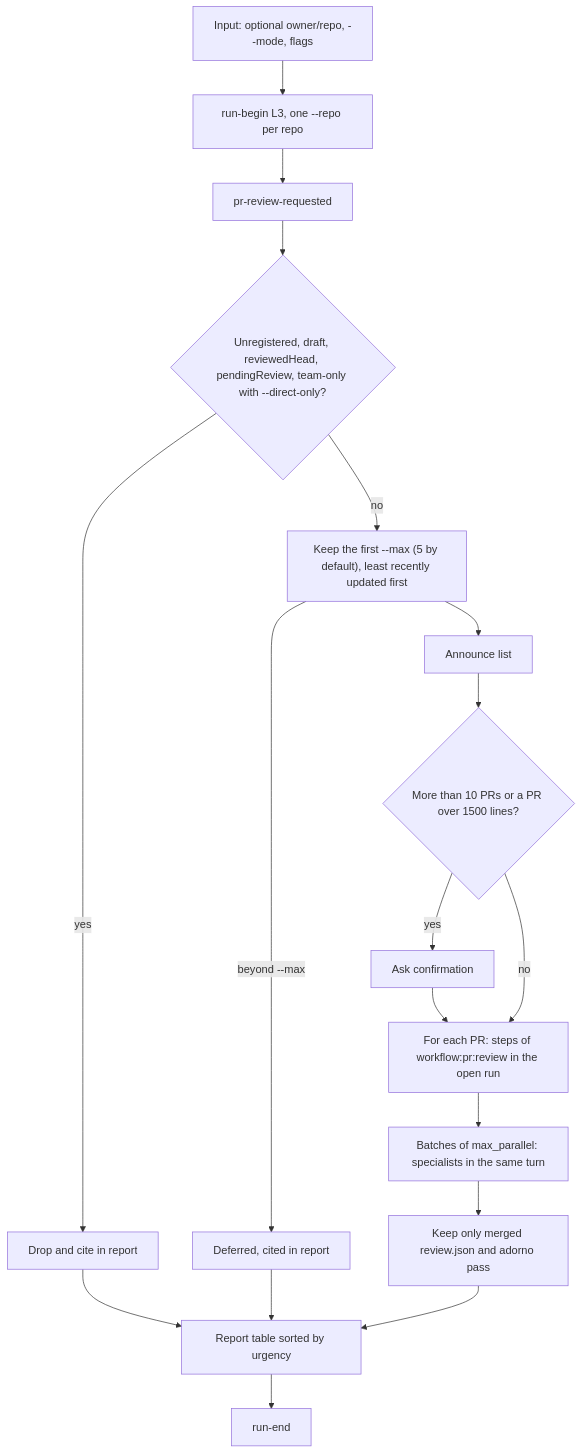
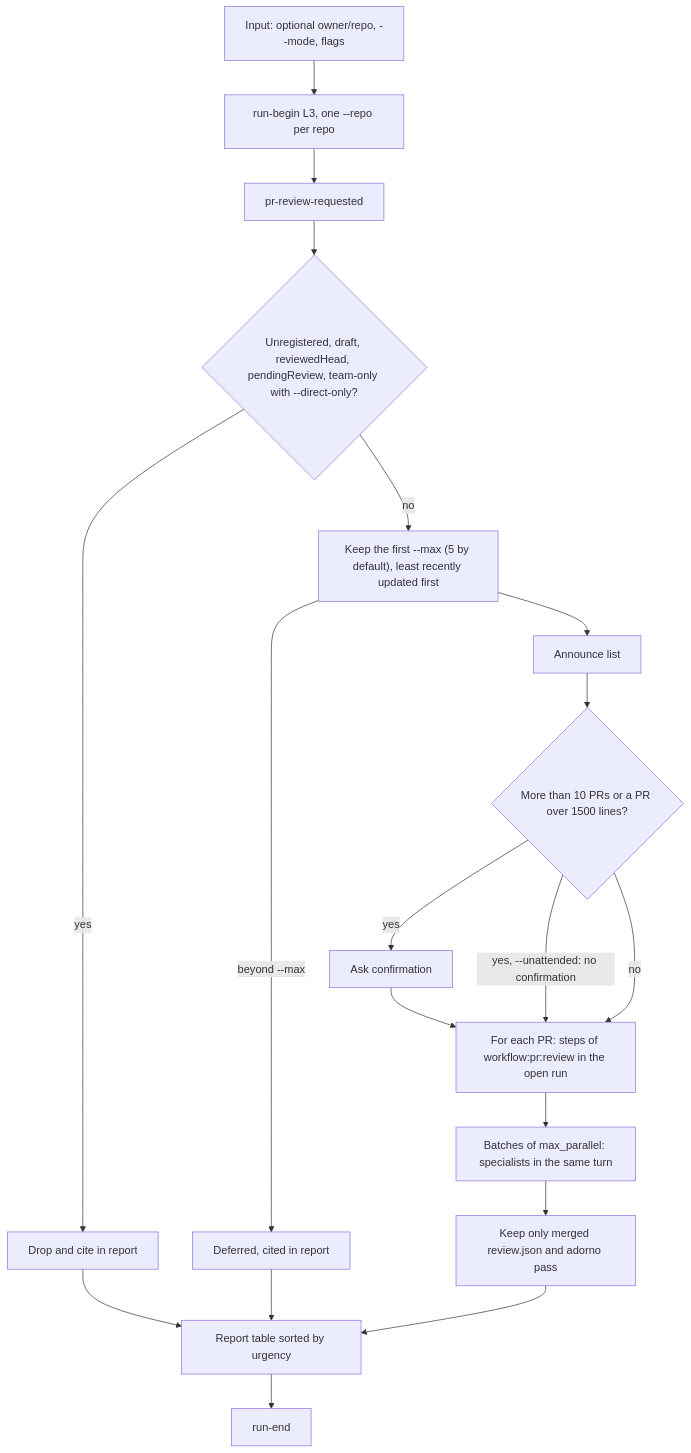
The second of 2 diagrams in src/workflows/review/SCHEMA.md (nicolasmondain/adorno), drawn with Mermaid before and after one commit. The commit also changed 17 other files, not shown here.

````diff
--- a/src/workflows/review/SCHEMA.md
+++ b/src/workflows/review/SCHEMA.md
@@ -33,20 +33,21 @@
 ```mermaid
 flowchart TD
   A["Input: optional owner/repo, --mode, flags"] --> B["run-begin L3, one --repo per repo"]
   B --> C["pr-review-requested"]
   C --> D{"Unregistered, draft, reviewedHead, pendingReview, team-only with --direct-only?"}
   D -->|"yes"| E["Drop and cite in report"]
   D -->|"no"| X["Keep the first --max (5 by default), least recently updated first"]
   X -->|"beyond --max"| Y["Deferred, cited in report"]
   X --> F["Announce list"]
   F --> G{"More than 10 PRs or a PR over 1500 lines?"}
   G -->|"yes"| H["Ask confirmation"]
+  G -->|"yes, --unattended: no confirmation"| I
   G -->|"no"| I["For each PR: steps of workflow:pr:review in the open run"]
   H --> I
   I --> J["Batches of max_parallel: specialists in the same turn"]
   J --> K["Keep only merged review.json and adorno pass"]
   K --> L["Report table sorted by urgency"]
   E --> L
   Y --> L
   L --> M["run-end"]
 ```
````
